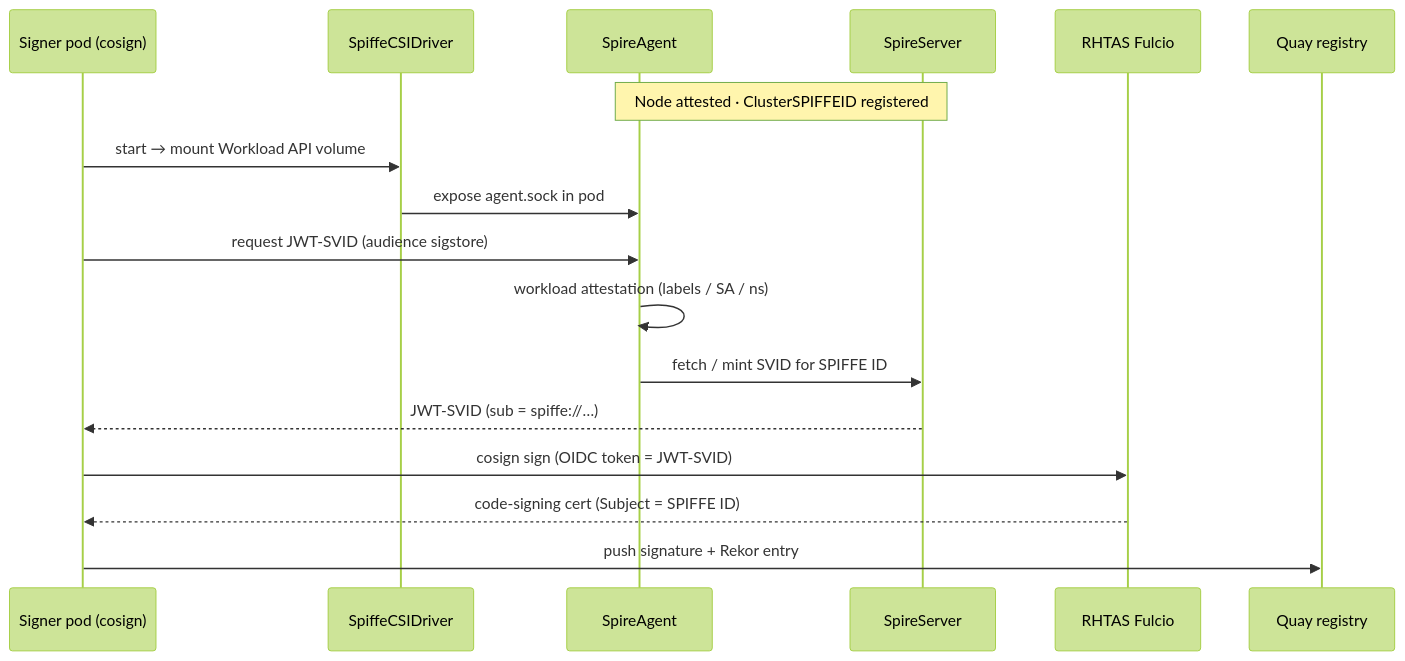
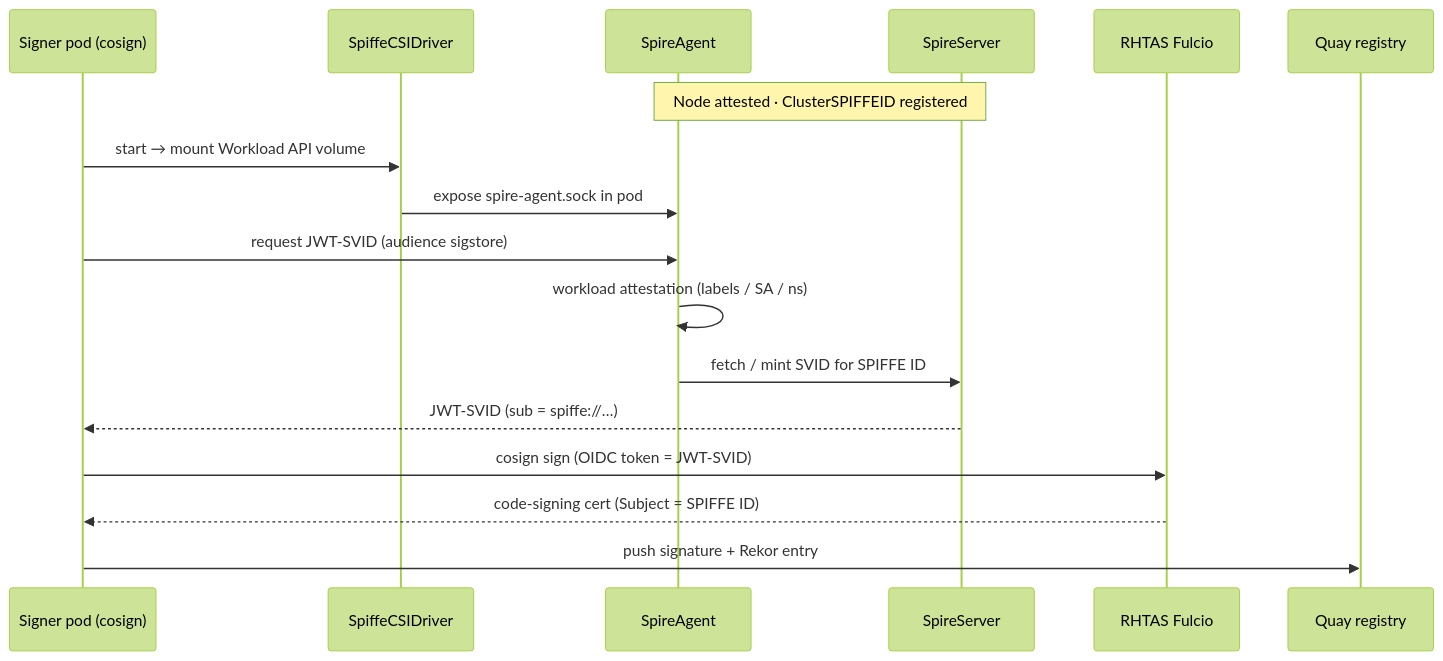
One commit to navyseal8/rhtas-cosign-openshift changed the second of 2 diagrams in scenario-3-spiffe/README.md. Above: the diagram before and after it, drawn with Mermaid (forest theme). The commit also changed other lines of this file and 2 other files, not shown here.

````diff
--- a/scenario-3-spiffe/README.md
+++ b/scenario-3-spiffe/README.md
@@ -84,20 +84,20 @@
 ```mermaid
 sequenceDiagram
   participant Pod as Signer pod (cosign)
   participant CSI as SpiffeCSIDriver
   participant Agent as SpireAgent
   participant Server as SpireServer
   participant Fulcio as RHTAS Fulcio
   participant Quay as Quay registry
 
   Note over Server,Agent: Node attested · ClusterSPIFFEID registered
   Pod->>CSI: start → mount Workload API volume
-  CSI->>Agent: expose agent.sock in pod
+  CSI->>Agent: expose spire-agent.sock in pod
   Pod->>Agent: request JWT-SVID (audience sigstore)
   Agent->>Agent: workload attestation (labels / SA / ns)
   Agent->>Server: fetch / mint SVID for SPIFFE ID
   Server-->>Pod: JWT-SVID (sub = spiffe://…)
   Pod->>Fulcio: cosign sign (OIDC token = JWT-SVID)
   Fulcio-->>Pod: code-signing cert (Subject = SPIFFE ID)
   Pod->>Quay: push signature + Rekor entry
 ```
````
